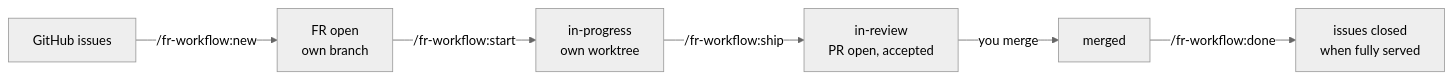
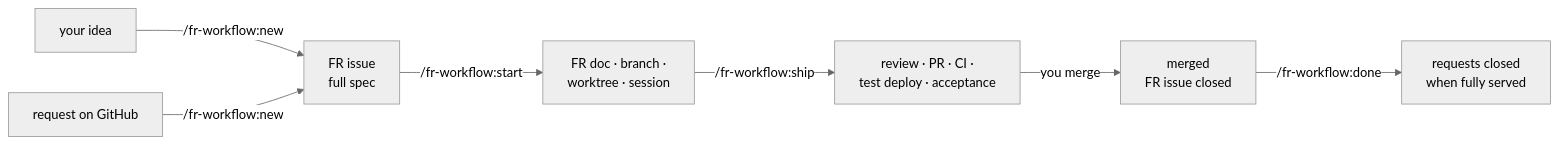
Before and after one commit to bmoers/claude-fr-workflow: the diagram in docs/usage.md, drawn with Mermaid (neutral theme). The commit also changed other lines of this file and 25 other files, not shown here.

````diff
--- a/docs/usage.md
+++ b/docs/usage.md
@@ -17,8 +19,9 @@
 ```mermaid
 flowchart LR
-  I["GitHub issues"] -->|"/fr-workflow:new"| O["FR open<br/>own branch"]
-  O -->|"/fr-workflow:start"| P["in-progress<br/>own worktree"]
-  P -->|"/fr-workflow:ship"| R["in-review<br/>PR open, accepted"]
-  R -->|"you merge"| M["merged"]
-  M -->|"/fr-workflow:done"| C["issues closed<br/>when fully served"]
+  A["your idea"] -->|"/fr-workflow:new"| F["FR issue<br/>full spec"]
+  R["request on GitHub"] -->|"/fr-workflow:new"| F
+  F -->|"/fr-workflow:start"| P["FR doc · branch ·<br/>worktree · session"]
+  P -->|"/fr-workflow:ship"| S["review · PR · CI ·<br/>test deploy · acceptance"]
+  S -->|"you merge"| M["merged<br/>FR issue closed"]
+  M -->|"/fr-workflow:done"| C["requests closed<br/>when fully served"]
 ```
````
